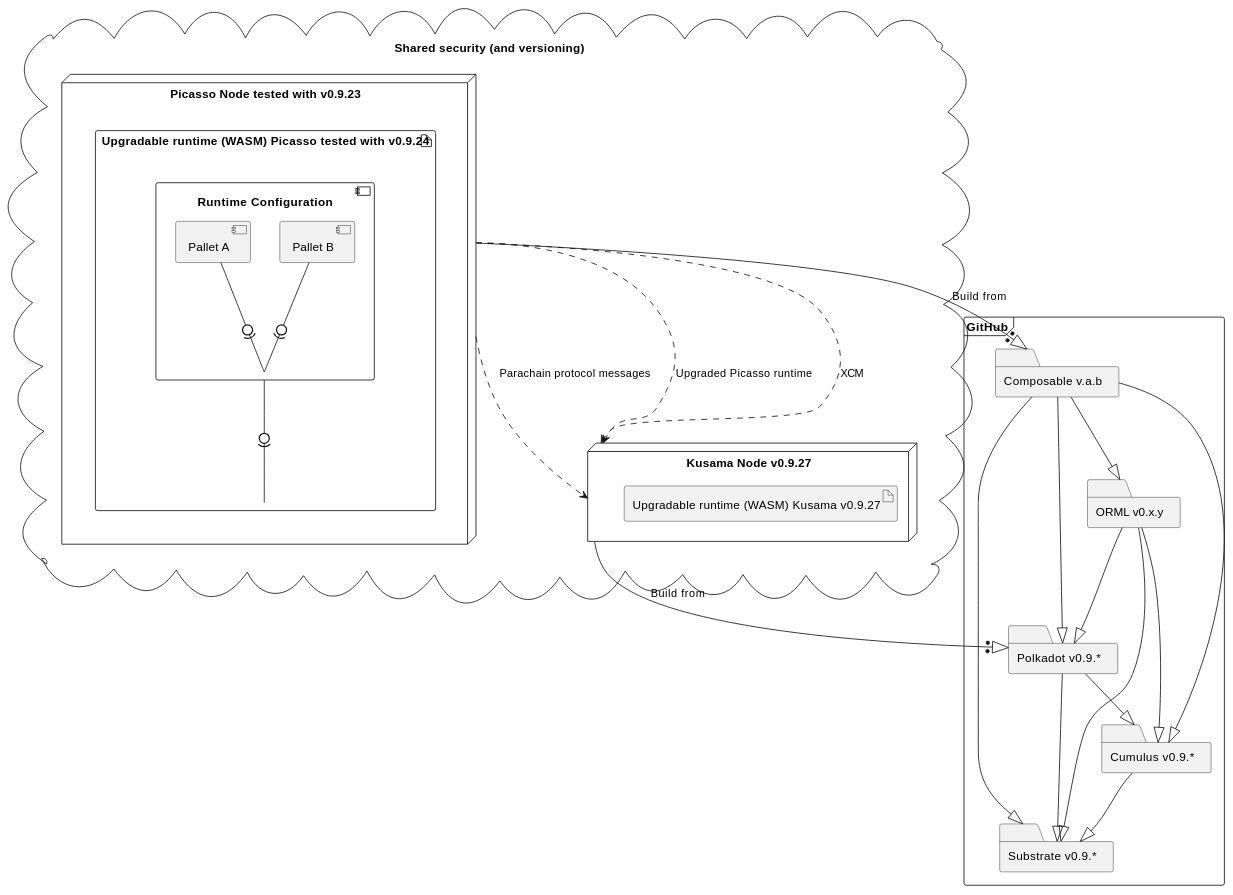
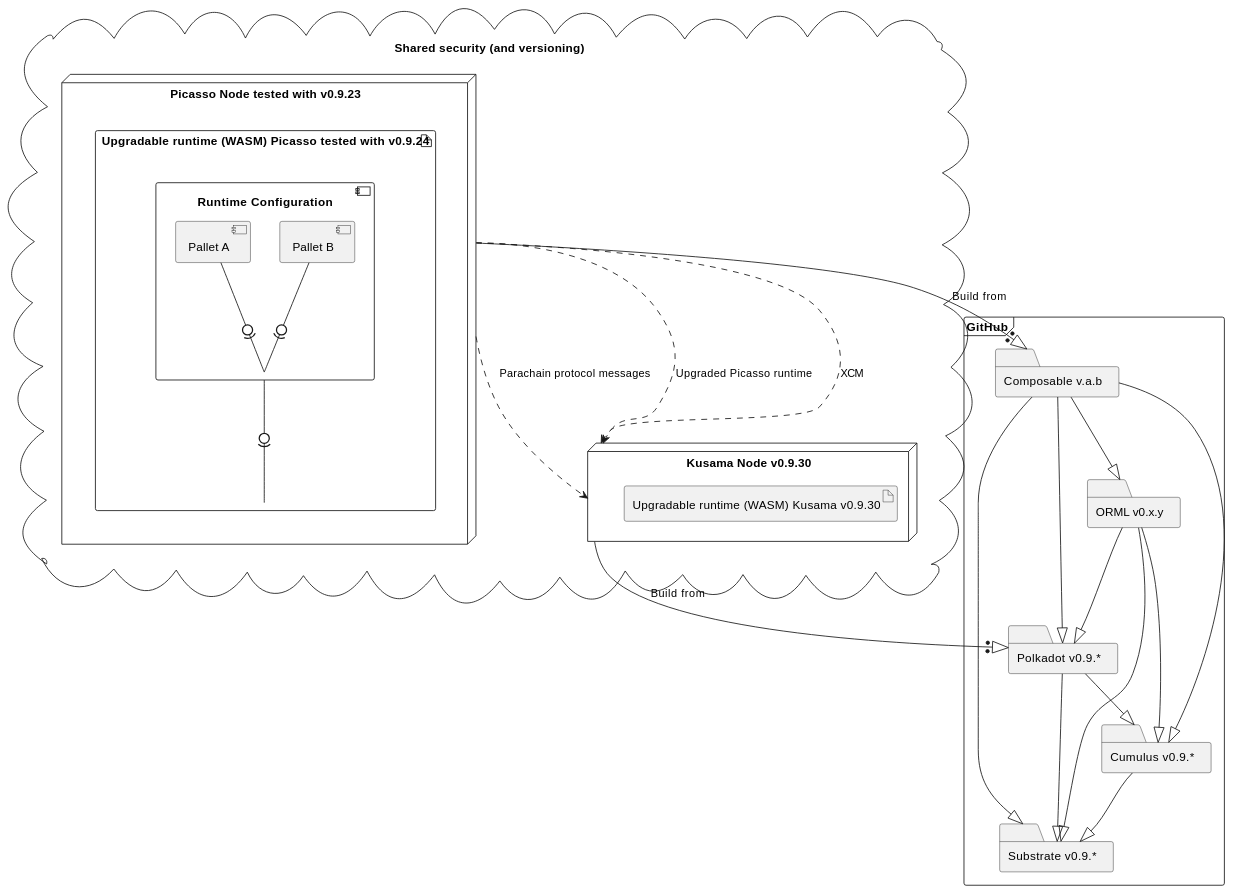
One commit to ComposableFi/composable changed the diagram in docs/docs/internal/runtime-upgrades-and-versioning.md. Above: the diagram before and after it, drawn with PlantUML. The commit also changed 56 other files, not shown here.

````diff
--- a/docs/docs/internal/runtime-upgrades-and-versioning.md
+++ b/docs/docs/internal/runtime-upgrades-and-versioning.md
@@ -9,50 +9,50 @@
 ```plantuml
 @startuml
 
 frame "GitHub" as github {
     folder "Substrate v0.9.*" as substrate
     folder "Cumulus v0.9.*" as cumulus
     folder "Polkadot v0.9.*" as polkadot
     folder "ORML v0.x.y" as orml 
     folder "Composable v.a.b" as composable 
 }
 
 cloud "Shared security (and versioning)" {
     node "Picasso Node tested with v0.9.23" as picasso {
         artifact "Upgradable runtime (WASM) Picasso tested with v0.9.24" as picasso_runtime {
             component "Runtime Configuration" as runtime_configuration {
                     component "Pallet A" as pallet_a
                     component "Pallet B" as pallet_b
             }
         }
     }
 
-    node "Kusama Node v0.9.27" as kusama {
-        artifact "Upgradable runtime (WASM) Kusama v0.9.27" as kusama_runtime
+    node "Kusama Node v0.9.30" as kusama {
+        artifact "Upgradable runtime (WASM) Kusama v0.9.30" as kusama_runtime
     } 
 }
 
 picasso -.-> kusama : Upgraded Picasso runtime
 picasso -.-> kusama : XCM
 picasso -.-> kusama : Parachain protocol messages
 pallet_a -0)- runtime_configuration
 pallet_b -0)- runtime_configuration
 runtime_configuration -0)- picasso_runtime
 
 cumulus --^ substrate
 polkadot --^ cumulus
 polkadot --^ substrate
 orml --^ substrate
 orml --^ cumulus
 orml --^ polkadot
 composable --^ substrate
 composable --^ cumulus
 composable --^ polkadot
 composable --^ orml
 
 picasso --:|> composable: Build from
 kusama --:|> polkadot: Build from
 
 
 @enduml
 ```
````
